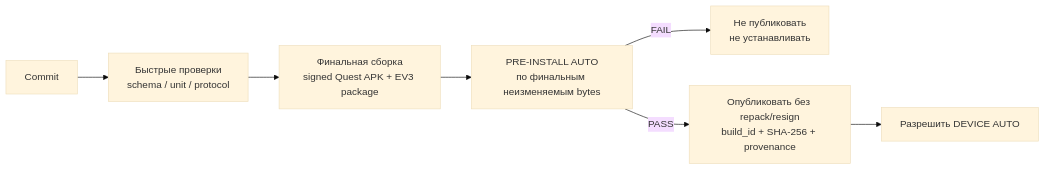
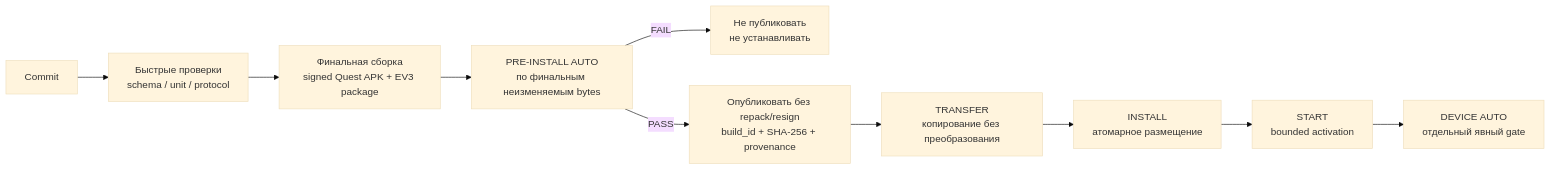
The diagram in docs/PHANTOM/ENGINEERING.md (sirejik/phantom), drawn with Mermaid (base theme) before and after one commit. The commit also changed other lines of this file and 32 other files, not shown here.

````diff
--- a/docs/PHANTOM/ENGINEERING.md
+++ b/docs/PHANTOM/ENGINEERING.md
@@ -167,9 +167,12 @@
 ```mermaid
 flowchart LR
   Commit[Commit] --> Fast[Быстрые проверки<br/>schema / unit / protocol]
   Fast --> Build[Финальная сборка<br/>signed Quest APK + EV3 package]
   Build --> Gate[PRE-INSTALL AUTO<br/>по финальным неизменяемым bytes]
   Gate -->|FAIL| Block[Не публиковать<br/>не устанавливать]
   Gate -->|PASS| Publish[Опубликовать без repack/resign<br/>build_id + SHA-256 + provenance]
-  Publish --> Device[Разрешить DEVICE AUTO]
+  Publish --> Transfer[TRANSFER<br/>копирование без преобразования]
+  Transfer --> Install[INSTALL<br/>атомарное размещение]
+  Install --> Start[START<br/>bounded activation]
+  Start --> Device[DEVICE AUTO<br/>отдельный явный gate]
 ```
````
